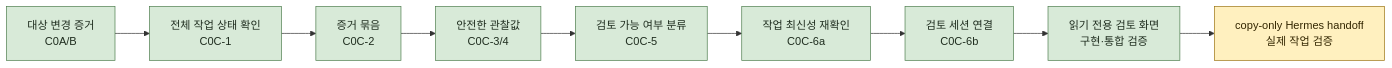
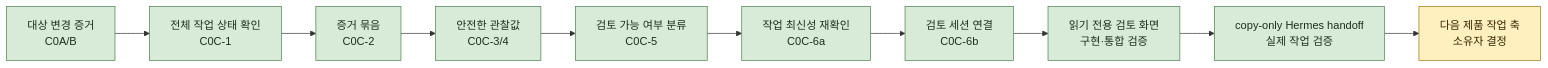
The second of 2 diagrams in docs/master-plan.md (1412moo/jarvis-core), drawn with Mermaid before and after one commit. The commit also changed other lines of this file and 6 other files, not shown here.

````diff
--- a/docs/master-plan.md
+++ b/docs/master-plan.md
@@ -130,17 +130,18 @@
 ```mermaid
 flowchart LR
     A["대상 변경 증거<br/>C0A/B"] --> B["전체 작업 상태 확인<br/>C0C-1"]
     B --> C["증거 묶음<br/>C0C-2"]
     C --> D["안전한 관찰값<br/>C0C-3/4"]
     D --> E["검토 가능 여부 분류<br/>C0C-5"]
     E --> F["작업 최신성 재확인<br/>C0C-6a"]
     F --> G["검토 세션 연결<br/>C0C-6b"]
     G --> H["읽기 전용 검토 화면<br/>구현·통합 검증"]
     H --> I["copy-only Hermes handoff<br/>실제 작업 검증"]
+    I --> J["다음 제품 작업 축<br/>소유자 결정"]
 
     classDef done fill:#d8ead8,stroke:#4d7d4d,color:#1f2d1f;
     classDef current fill:#fff0bf,stroke:#9b7412,color:#332600;
     classDef future fill:#e8e8e8,stroke:#777,color:#222;
-    class A,B,C,D,E,F,G,H done;
-    class I current;
+    class A,B,C,D,E,F,G,H,I done;
+    class J current;
 ```
````
